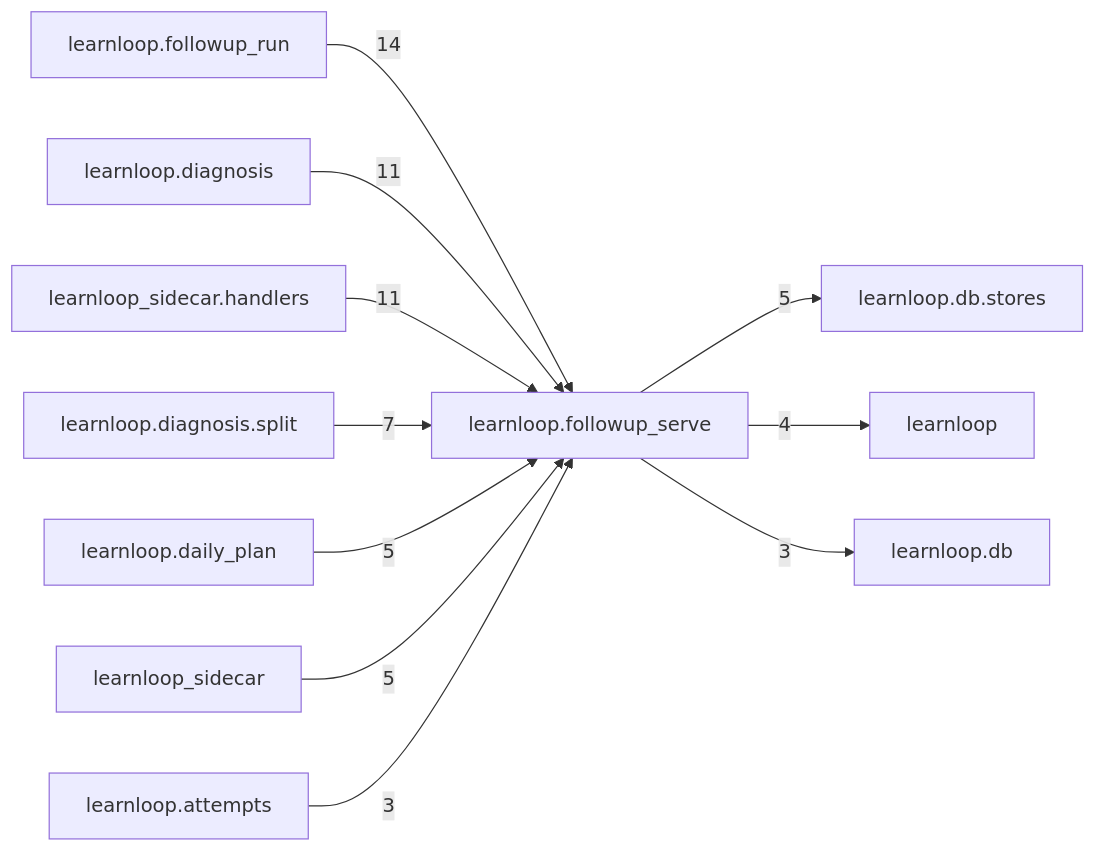
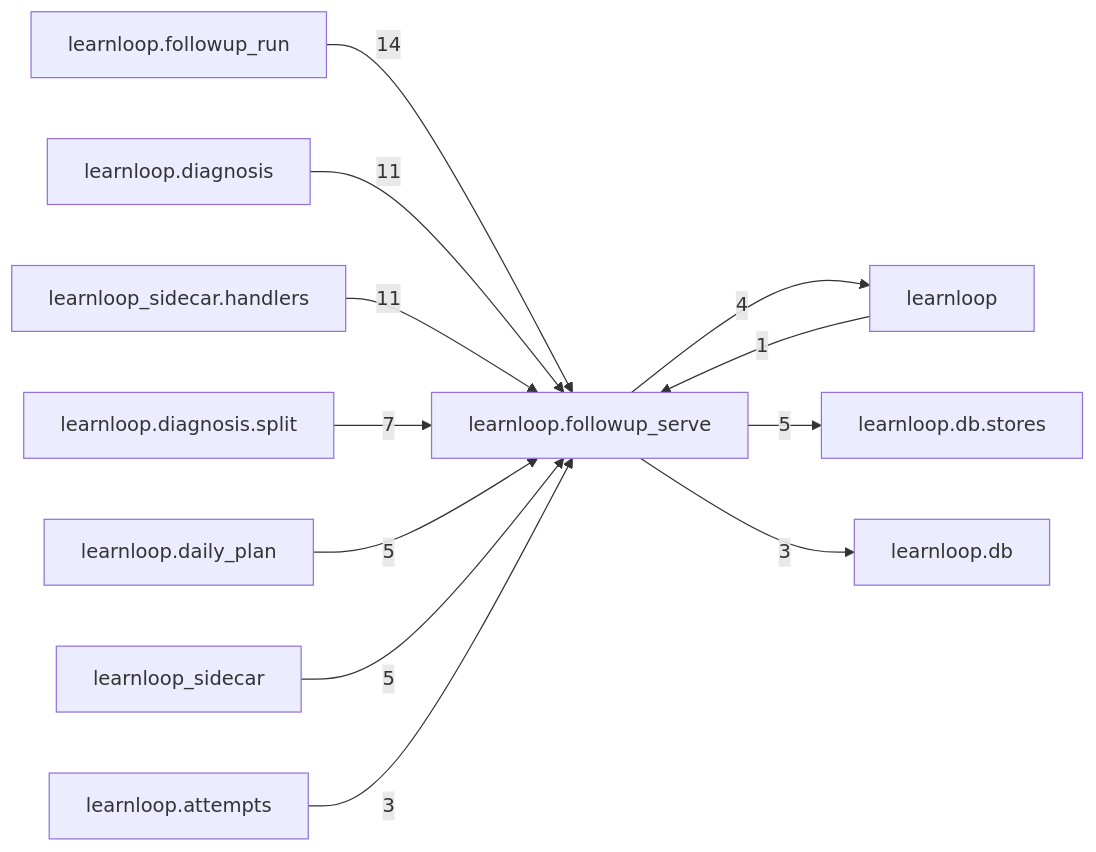
The diagram in docs/learnloop-architecture-vault/Reference/Modules/learnloop/followup_serve/_package.md (6up-b/learnanything), drawn with Mermaid before and after one commit. The commit also changed other lines of this file and 535 other files, not shown here.

````diff
--- a/docs/learnloop-architecture-vault/Reference/Modules/learnloop/followup_serve/_package.md
+++ b/docs/learnloop-architecture-vault/Reference/Modules/learnloop/followup_serve/_package.md
@@ -86,24 +87,25 @@
 ```mermaid
 flowchart LR
     center["learnloop.followup_serve"]
     n_learnloop_followup_run["learnloop.followup_run"]
     n_learnloop_diagnosis["learnloop.diagnosis"]
     n_learnloop_sidecar_handlers["learnloop_sidecar.handlers"]
     n_learnloop_diagnosis_split["learnloop.diagnosis.split"]
+    n_learnloop["learnloop"]
     n_learnloop_daily_plan["learnloop.daily_plan"]
     n_learnloop_db_stores["learnloop.db.stores"]
     n_learnloop_sidecar["learnloop_sidecar"]
-    n_learnloop["learnloop"]
     n_learnloop_attempts["learnloop.attempts"]
     n_learnloop_db["learnloop.db"]
     n_learnloop_followup_run -->|14| center
     n_learnloop_diagnosis -->|11| center
     n_learnloop_sidecar_handlers -->|11| center
     n_learnloop_diagnosis_split -->|7| center
+    n_learnloop -->|1| center
+    center -->|4| n_learnloop
     n_learnloop_daily_plan -->|5| center
     center -->|5| n_learnloop_db_stores
     n_learnloop_sidecar -->|5| center
-    center -->|4| n_learnloop
     n_learnloop_attempts -->|3| center
     center -->|3| n_learnloop_db
 ```
````
